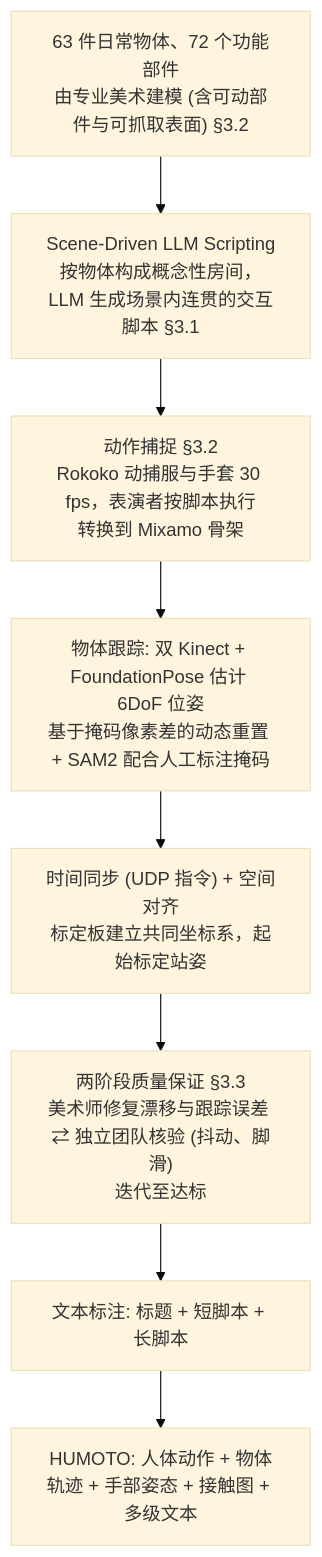
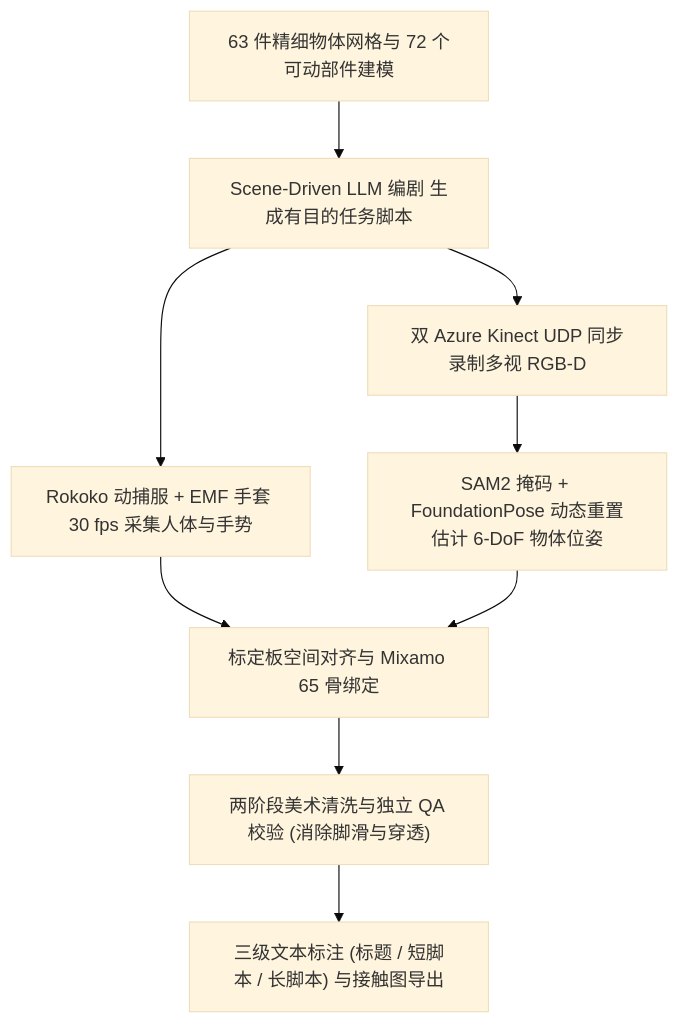
One commit to ImChong/Robotics_Notebooks changed the first of 2 diagrams in wiki/entities/paper-notebook-humoto-a-4d-dataset-of-mocap-human-object-intera.md. Above: the diagram before and after it, drawn with Mermaid (base theme). The commit also changed other lines of this file and 151 other files, not shown here.

````diff
--- a/wiki/entities/paper-notebook-humoto-a-4d-dataset-of-mocap-human-object-intera.md
+++ b/wiki/entities/paper-notebook-humoto-a-4d-dataset-of-mocap-human-object-intera.md
@@ -43,12 +62,11 @@
 ```mermaid
 flowchart TD
-    S["Scene-Driven LLM Scripting<br/>按物体构成概念性房间，LLM 生成场景内连贯的交互脚本 §3.1"]
-    O["63 件日常物体、72 个功能部件<br/>由专业美术建模 (含可动部件与可抓取表面) §3.2"]
-    O --> S
-    S --> CAP["动作捕捉 §3.2<br/>Rokoko 动捕服与手套 30 fps，表演者按脚本执行<br/>转换到 Mixamo 骨架"]
-    CAP --> OBJ["物体跟踪: 双 Kinect + FoundationPose 估计 6DoF 位姿<br/>基于掩码像素差的动态重置 + SAM2 配合人工标注掩码"]
-    OBJ --> ALIGN["时间同步 (UDP 指令) + 空间对齐<br/>标定板建立共同坐标系，起始标定站姿"]
-    ALIGN --> QA["两阶段质量保证 §3.3<br/>美术师修复漂移与跟踪误差 ⇄ 独立团队核验 (抖动、脚滑)<br/>迭代至达标"]
-    QA --> ANN["文本标注: 标题 + 短脚本 + 长脚本"]
-    ANN --> DATA["HUMOTO: 人体动作 + 物体轨迹 + 手部姿态 + 接触图 + 多级文本"]
+    OBJ["63 件精细物体网格与 72 个可动部件建模"] --> LLM["Scene-Driven LLM 编剧 生成有目的任务脚本"]
+    LLM --> MOCAP["Rokoko 动捕服 + EMF 手套 30 fps 采集人体与手势"]
+    LLM --> RGBD["双 Azure Kinect UDP 同步录制多视 RGB-D"]
+    RGBD --> FP["SAM2 掩码 + FoundationPose 动态重置估计 6-DoF 物体位姿"]
+    MOCAP --> ALIGN["标定板空间对齐与 Mixamo 65 骨绑定"]
+    FP --> ALIGN
+    ALIGN --> QA["两阶段美术清洗与独立 QA 校验 (消除脚滑与穿透)"]
+    QA --> ANN["三级文本标注 (标题 / 短脚本 / 长脚本) 与接触图导出"]
 ```
````
